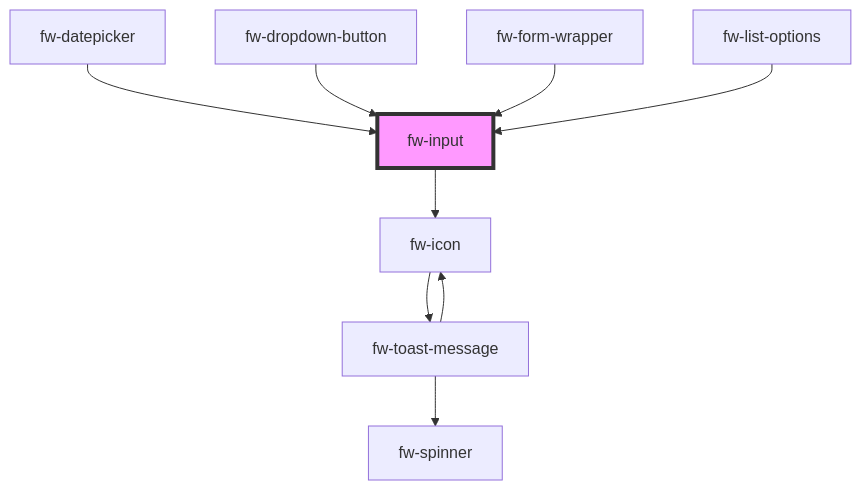
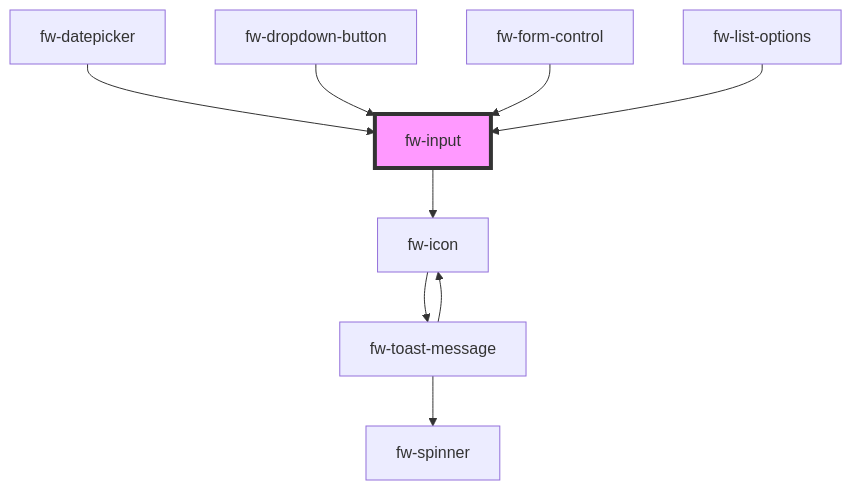
The diagram in packages/crayons-core/src/components/input/readme.md (freshworks/crayons), drawn with Mermaid before and after one commit. The commit also changed other lines of this file and 10 other files, not shown here.

Commit message:
feat(fw-form-control): form control wrapper to handle label and error

````diff
--- a/packages/crayons-core/src/components/input/readme.md
+++ b/packages/crayons-core/src/components/input/readme.md
@@ -214,12 +212,12 @@
 ```mermaid
 graph TD;
   fw-input --> fw-icon
   fw-icon --> fw-toast-message
   fw-toast-message --> fw-spinner
   fw-toast-message --> fw-icon
   fw-datepicker --> fw-input
   fw-dropdown-button --> fw-input
-  fw-form-wrapper --> fw-input
+  fw-form-control --> fw-input
   fw-list-options --> fw-input
   style fw-input fill:#f9f,stroke:#333,stroke-width:4px
 ```
````
